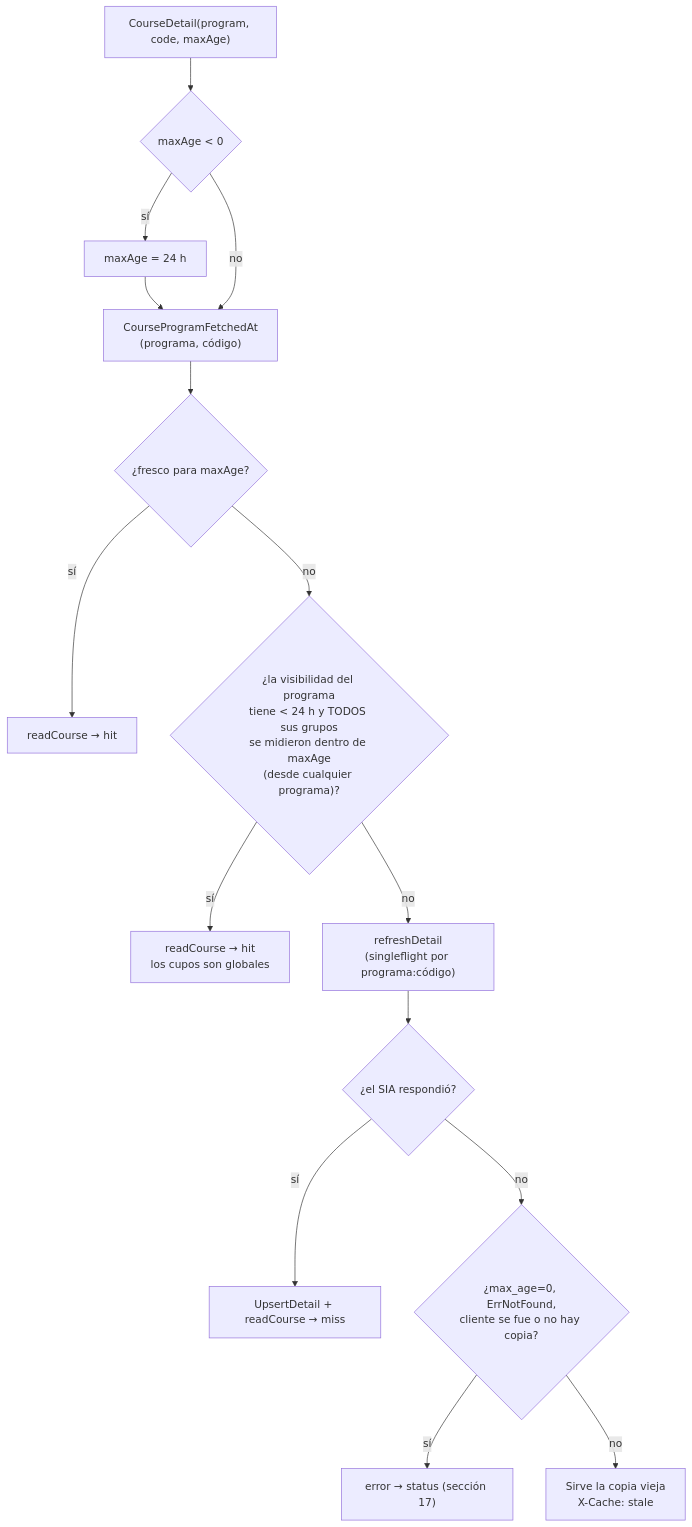
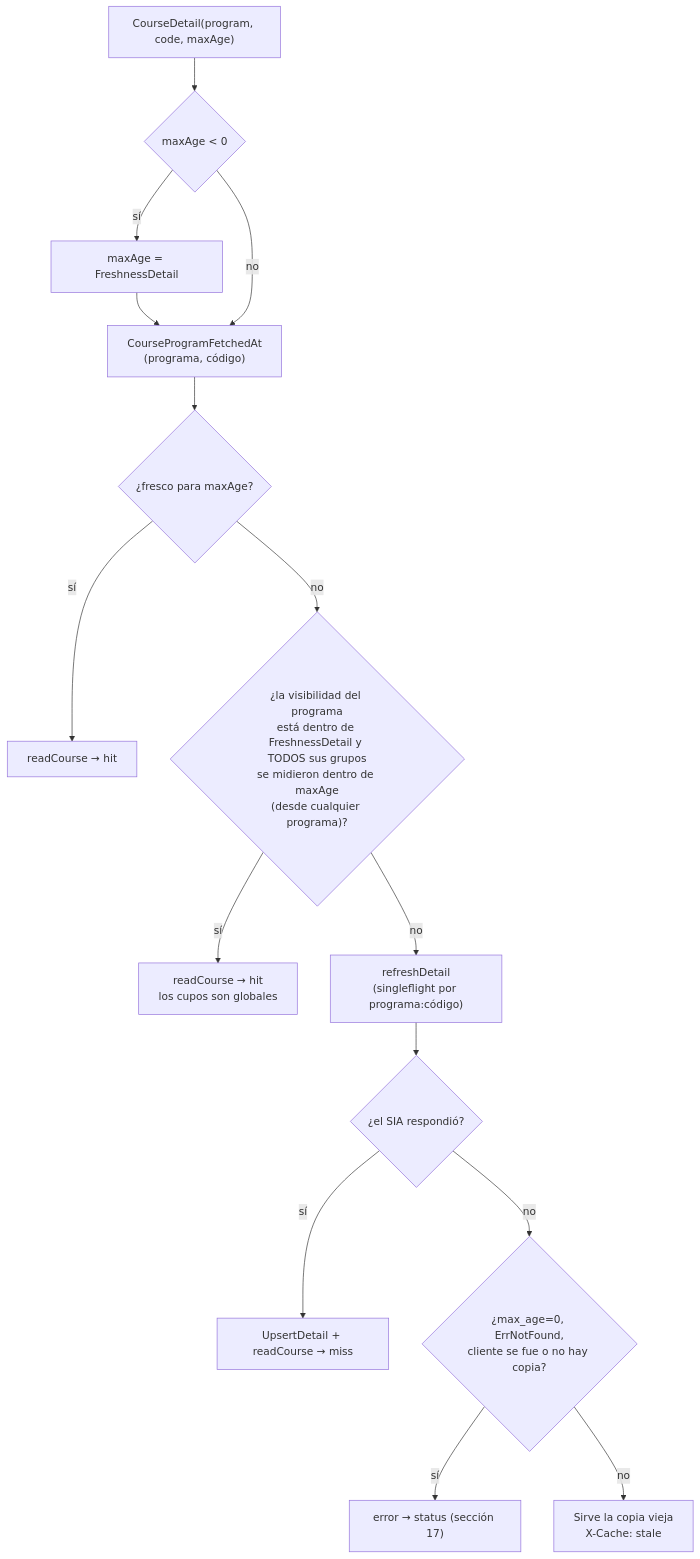
One commit to gabotachak/sia-unal-bridge changed the tenth of 20 diagrams in docs/diagram.md. Above: the diagram before and after it, drawn with Mermaid. The commit also changed other lines of this file and 8 other files, not shown here.

````diff
--- a/docs/diagram.md
+++ b/docs/diagram.md
@@ -411,16 +413,16 @@
 ```mermaid
 flowchart TD
     in["CourseDetail(program, code, maxAge)"] --> d{"maxAge &lt; 0"}
-    d -- sí --> def["maxAge = 24 h"] --> q
+    d -- sí --> def["maxAge = FreshnessDetail"] --> q
     d -- no --> q["CourseProgramFetchedAt<br/>(programa, código)"]
     q --> f1{"¿fresco para maxAge?"}
     f1 -- sí --> hit["readCourse → hit"]
-    f1 -- no --> f2{"¿la visibilidad del programa<br/>tiene &lt; 24 h y TODOS sus grupos<br/>se midieron dentro de maxAge<br/>(desde cualquier programa)?"}
+    f1 -- no --> f2{"¿la visibilidad del programa<br/>está dentro de FreshnessDetail y TODOS sus grupos<br/>se midieron dentro de maxAge<br/>(desde cualquier programa)?"}
     f2 -- sí --> hit2["readCourse → hit<br/>los cupos son globales"]
     f2 -- no --> rd["refreshDetail<br/>(singleflight por programa:código)"]
     rd --> ok{"¿el SIA respondió?"}
     ok -- sí --> miss["UpsertDetail + readCourse → miss"]
     ok -- no --> keep{"¿max_age=0, ErrNotFound,<br/>cliente se fue o no hay copia?"}
     keep -- sí --> err["error → status (sección 17)"]
     keep -- no --> st["Sirve la copia vieja<br/>X-Cache: stale"]
 ```
````
